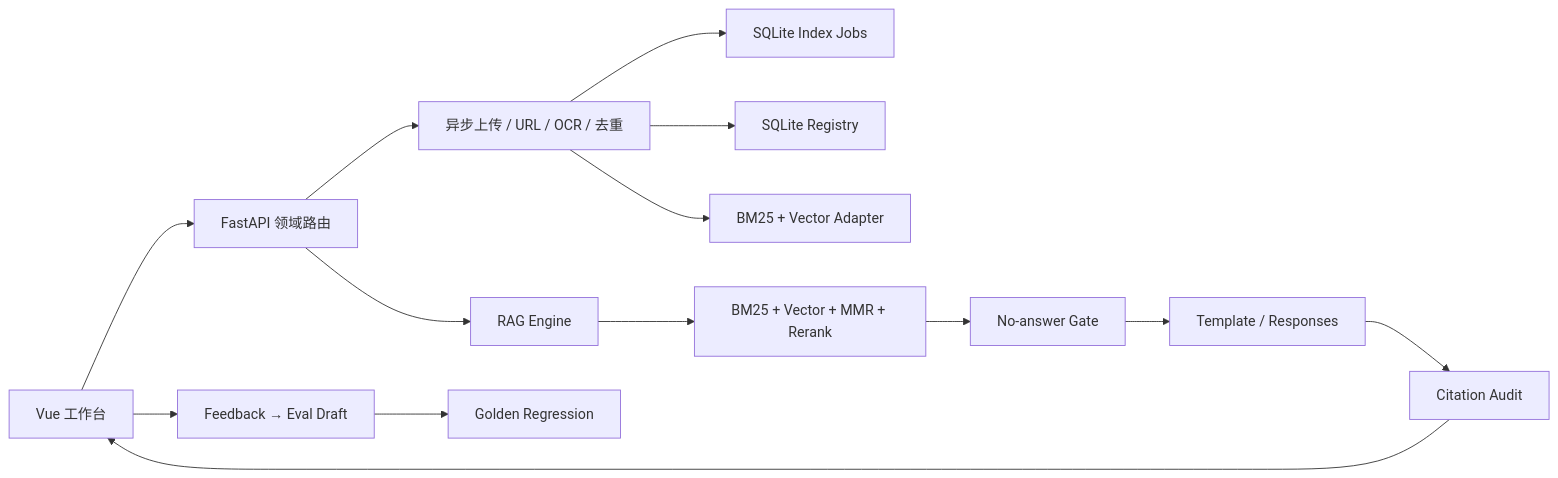
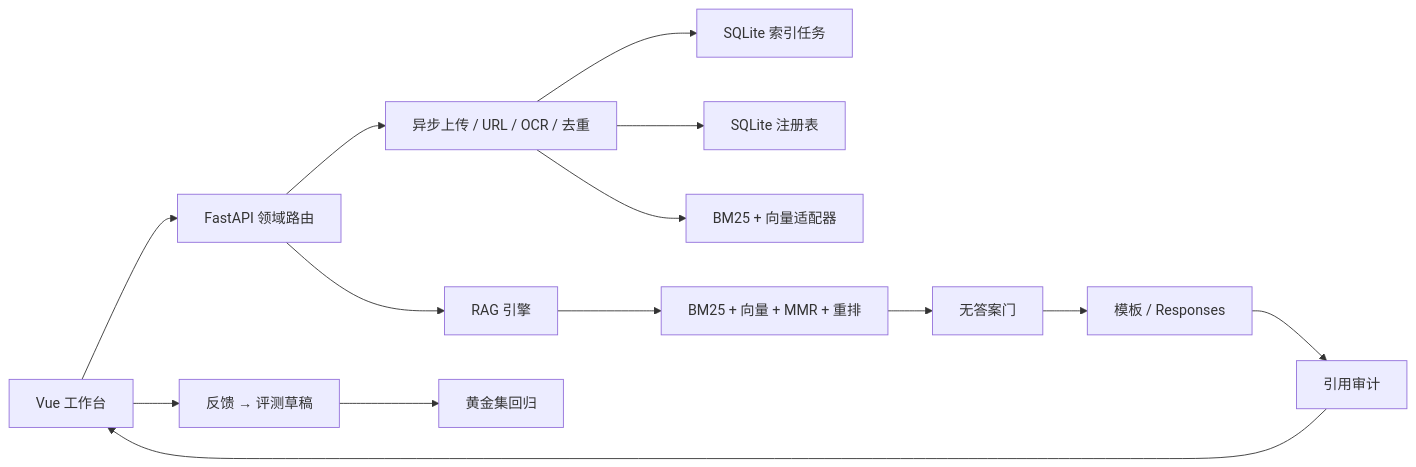
The diagram in README.md (728792899-create/personal-multimodal-rag), drawn with Mermaid before and after one commit. The commit also changed other lines of this file and 156 other files, not shown here.

````diff
--- a/README.md
+++ b/README.md
@@ -238,16 +238,16 @@
 ```mermaid
 flowchart LR
   UI["Vue 工作台"] --> API["FastAPI 领域路由"]
   API --> INGEST["异步上传 / URL / OCR / 去重"]
-  INGEST --> JOBS["SQLite Index Jobs"]
-  INGEST --> REG["SQLite Registry"]
-  INGEST --> INDEX["BM25 + Vector Adapter"]
-  API --> ENGINE["RAG Engine"]
-  ENGINE --> RET["BM25 + Vector + MMR + Rerank"]
-  RET --> GATE["No-answer Gate"]
-  GATE --> GEN["Template / Responses"]
-  GEN --> AUDIT["Citation Audit"]
+  INGEST --> JOBS["SQLite 索引任务"]
+  INGEST --> REG["SQLite 注册表"]
+  INGEST --> INDEX["BM25 + 向量适配器"]
+  API --> ENGINE["RAG 引擎"]
+  ENGINE --> RET["BM25 + 向量 + MMR + 重排"]
+  RET --> GATE["无答案门"]
+  GATE --> GEN["模板 / Responses"]
+  GEN --> AUDIT["引用审计"]
   AUDIT --> UI
-  UI --> FEEDBACK["Feedback → Eval Draft"]
-  FEEDBACK --> GOLDEN["Golden Regression"]
+  UI --> FEEDBACK["反馈 → 评测草稿"]
+  FEEDBACK --> GOLDEN["黄金集回归"]
 ```
````
